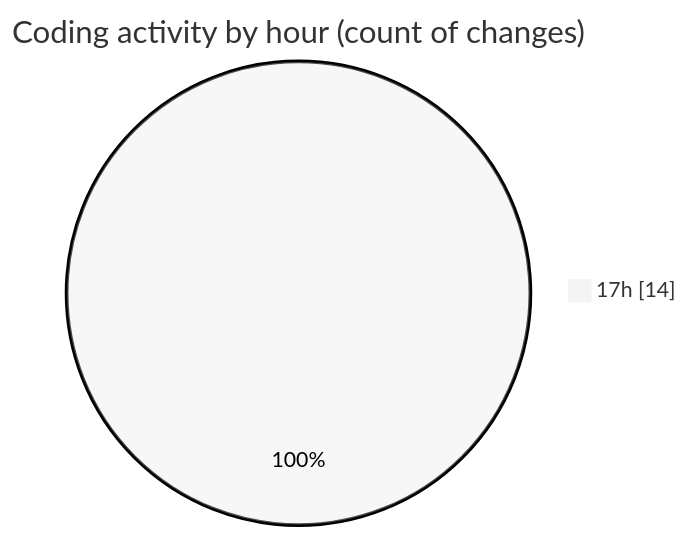
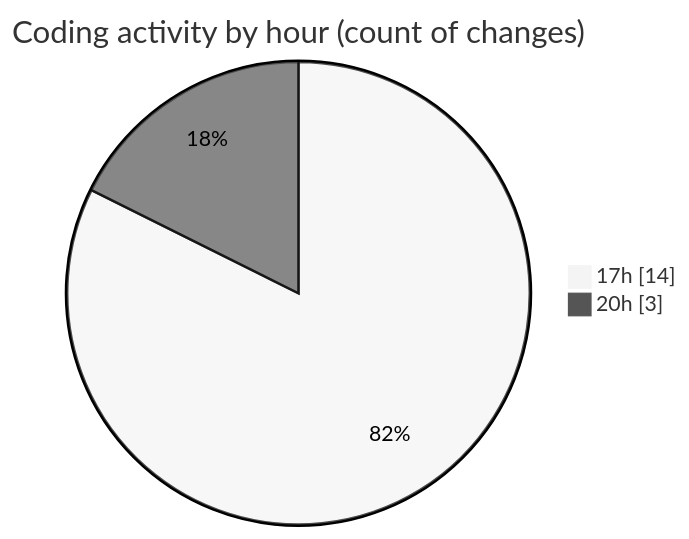
Before and after one commit to charlie-sans/code-tracking: the second of 2 diagrams in 2025-03-11/jmasm/README.md, drawn with Mermaid (neutral theme). The commit also changed other lines of this file and 1 other file, not shown here.

````diff
--- a/2025-03-11/jmasm/README.md
+++ b/2025-03-11/jmasm/README.md
@@ -32,5 +35,6 @@
 ```mermaid
 pie showData
 title Coding activity by hour (count of changes)
 "17h" : 14
+"20h" : 3
 ```
````
